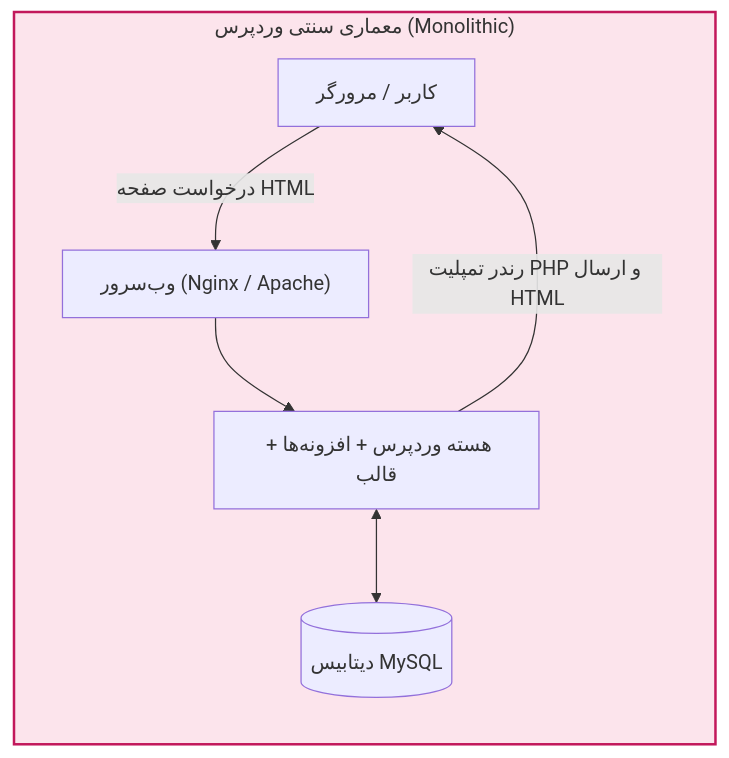
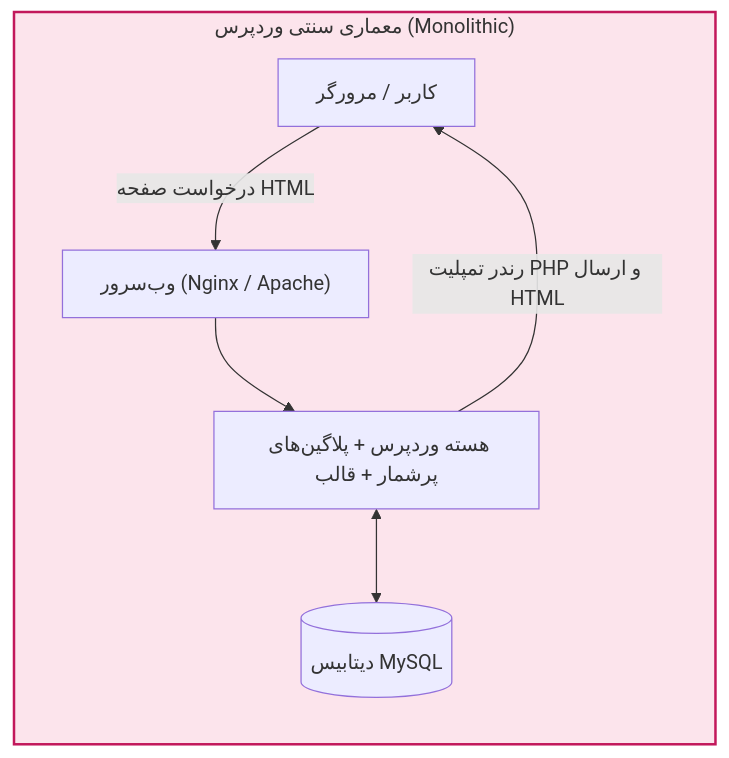
The first of 3 diagrams in book/01-architecture-and-comparison.md (herehossein/headlessWP-nextJS), drawn with Mermaid before and after one commit. The commit also changed other lines of this file and 4 other files, not shown here.

````diff
--- a/book/01-architecture-and-comparison.md
+++ b/book/01-architecture-and-comparison.md
@@ -22,10 +26,10 @@
 ```mermaid
 flowchart LR
     subgraph Monolithic["معماری سنتی وردپرس (Monolithic)"]
         User1["کاربر / مرورگر"] -->|"درخواست صفحه HTML"| WebServer["وب‌سرور (Nginx / Apache)"]
-        WebServer --> Core["هسته وردپرس + افزونه‌ها + قالب"]
+        WebServer --> Core["هسته وردپرس + پلاگین‌های پرشمار + قالب"]
         Core <--> DB1[(دیتابیس MySQL)]
         Core -->|"رندر تمپلیت PHP و ارسال HTML"| User1
     end
     style Monolithic fill:#fce4ec,stroke:#c2185b,stroke-width:2px
 ```
````
